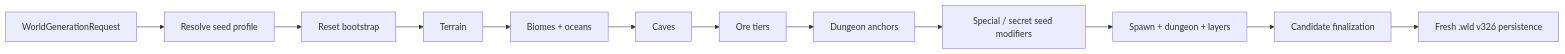
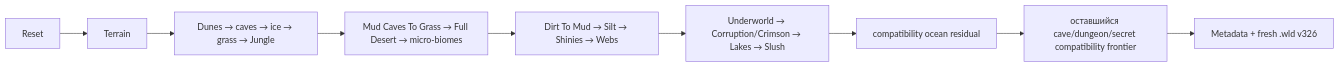
One commit to VegaKernel/TerraRuntime changed the diagram in docs/ru/vanilla-world-generation.md. Above: the diagram before and after it, drawn with Mermaid. The commit also changed other lines of this file and 5 other files, not shown here.

````diff
--- a/docs/ru/vanilla-world-generation.md
+++ b/docs/ru/vanilla-world-generation.md
@@ -14,14 +16,11 @@
 ```mermaid
 flowchart LR
-    Request["WorldGenerationRequest"] --> Resolve["Resolve seed profile"]
-    Resolve --> Reset["Reset bootstrap"]
-    Reset --> Terrain["Terrain"]
-    Terrain --> Biomes["Biomes + oceans"]
-    Biomes --> Caves["Caves"]
-    Caves --> Ores["Ore tiers"]
-    Ores --> Dungeon["Dungeon anchors"]
-    Dungeon --> Secrets["Special / secret seed modifiers"]
-    Secrets --> Metadata["Spawn + dungeon + layers"]
-    Metadata --> Finalize["Candidate finalization"]
-    Finalize --> Wld["Fresh .wld v326 persistence"]
+    Reset["Reset"] --> Terrain["Terrain"]
+    Terrain --> Early["Dunes → caves → ice → grass → Jungle"]
+    Early --> Mid["Mud Caves To Grass → Full Desert → micro-biomes"]
+    Mid --> Resources["Dirt To Mud → Silt → Shinies → Webs"]
+    Resources --> Deep["Underworld → Corruption/Crimson → Lakes → Slush"]
+    Deep --> Ocean["compatibility ocean residual"]
+    Ocean --> Compat["оставшийся cave/dungeon/secret compatibility frontier"]
+    Compat --> Metadata["Metadata + fresh .wld v326"]
 ```
````
